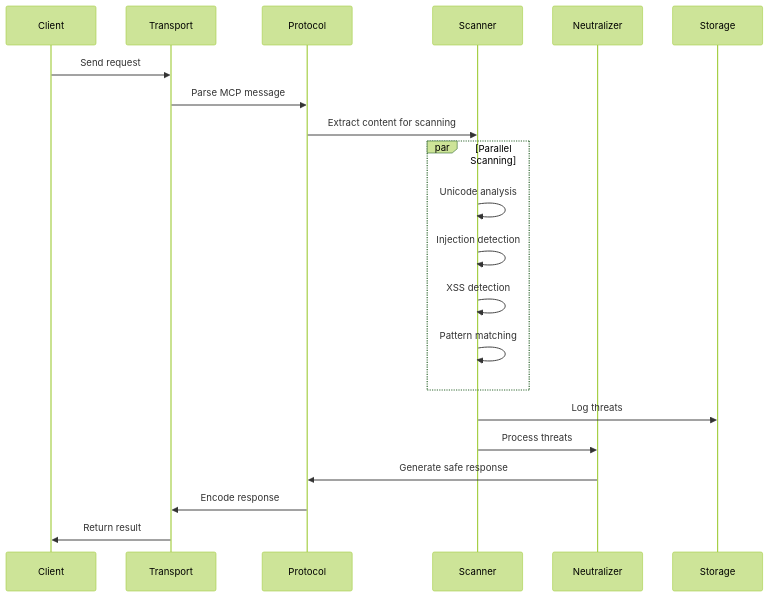
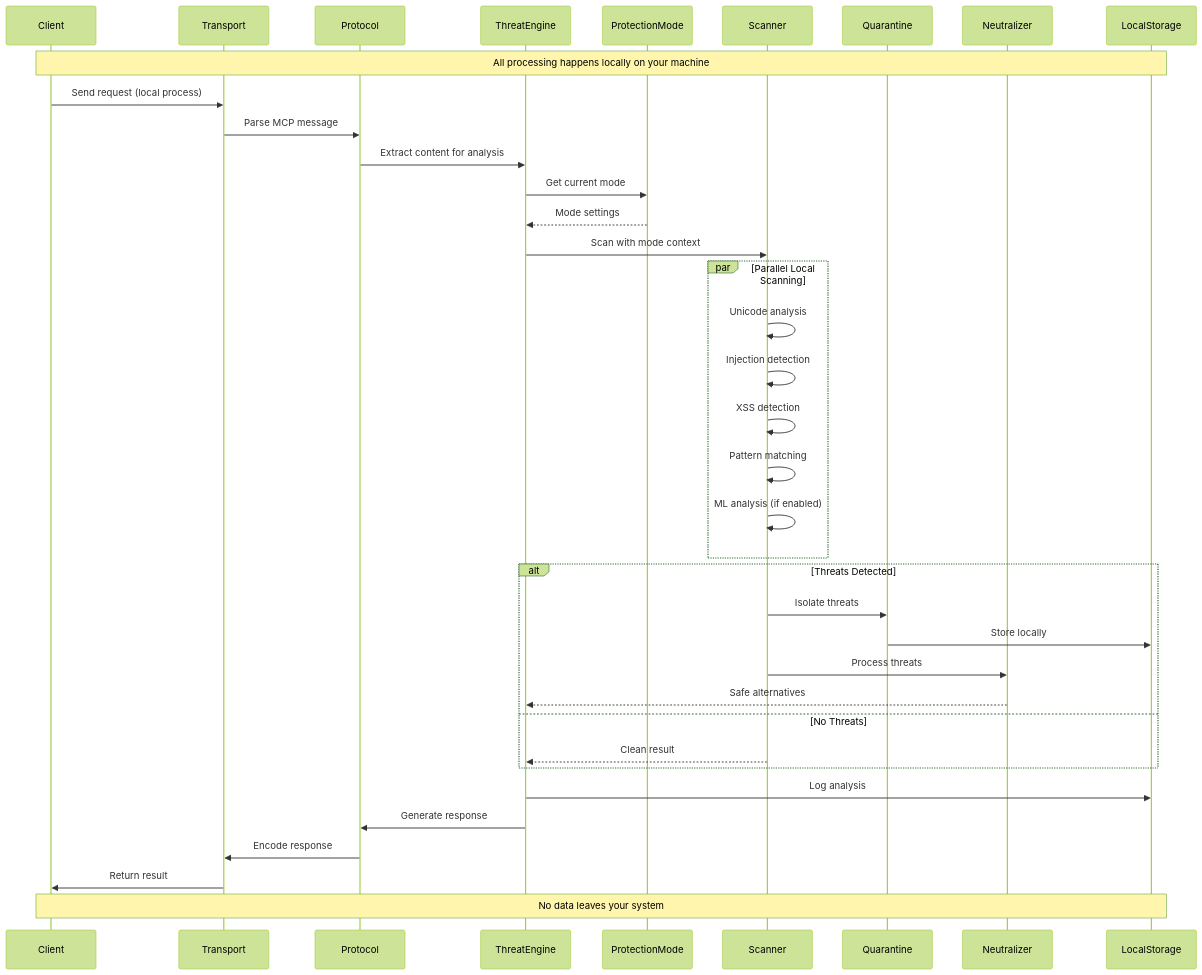
The fourth of 7 diagrams in docs/architecture/ARCHITECTURE.md (kindly-software-inc/kindly-guard), drawn with Mermaid (forest theme) before and after one commit. The commit also changed other lines of this file and 264 other files, not shown here.

First line of the commit message:
feat: Unified binary architecture and v0.15.0 release

````diff
--- a/docs/architecture/ARCHITECTURE.md
+++ b/docs/architecture/ARCHITECTURE.md
@@ -400,27 +940,47 @@
 ```mermaid
 sequenceDiagram
     participant Client
     participant Transport
     participant Protocol
+    participant ThreatEngine
+    participant ProtectionMode
     participant Scanner
+    participant Quarantine
     participant Neutralizer
-    participant Storage
-    participant Client
+    participant LocalStorage
     
-    Client->>Transport: Send request
+    Note over Client,LocalStorage: All processing happens locally on your machine
+    
+    Client->>Transport: Send request (local process)
     Transport->>Protocol: Parse MCP message
-    Protocol->>Scanner: Extract content for scanning
+    Protocol->>ThreatEngine: Extract content for analysis
     
-    par Parallel Scanning
+    ThreatEngine->>ProtectionMode: Get current mode
+    ProtectionMode-->>ThreatEngine: Mode settings
+    
+    ThreatEngine->>Scanner: Scan with mode context
+    
+    par Parallel Local Scanning
         Scanner->>Scanner: Unicode analysis
         Scanner->>Scanner: Injection detection
         Scanner->>Scanner: XSS detection
         Scanner->>Scanner: Pattern matching
+        Scanner->>Scanner: ML analysis (if enabled)
     end
     
-    Scanner->>Storage: Log threats
-    Scanner->>Neutralizer: Process threats
-    Neutralizer->>Protocol: Generate safe response
+    alt Threats Detected
+        Scanner->>Quarantine: Isolate threats
+        Quarantine->>LocalStorage: Store locally
+        Scanner->>Neutralizer: Process threats
+        Neutralizer-->>ThreatEngine: Safe alternatives
+    else No Threats
+        Scanner-->>ThreatEngine: Clean result
+    end
+    
+    ThreatEngine->>LocalStorage: Log analysis
+    ThreatEngine->>Protocol: Generate response
     Protocol->>Transport: Encode response
     Transport->>Client: Return result
+    
+    Note over Client,LocalStorage: No data leaves your system
 ```
````
